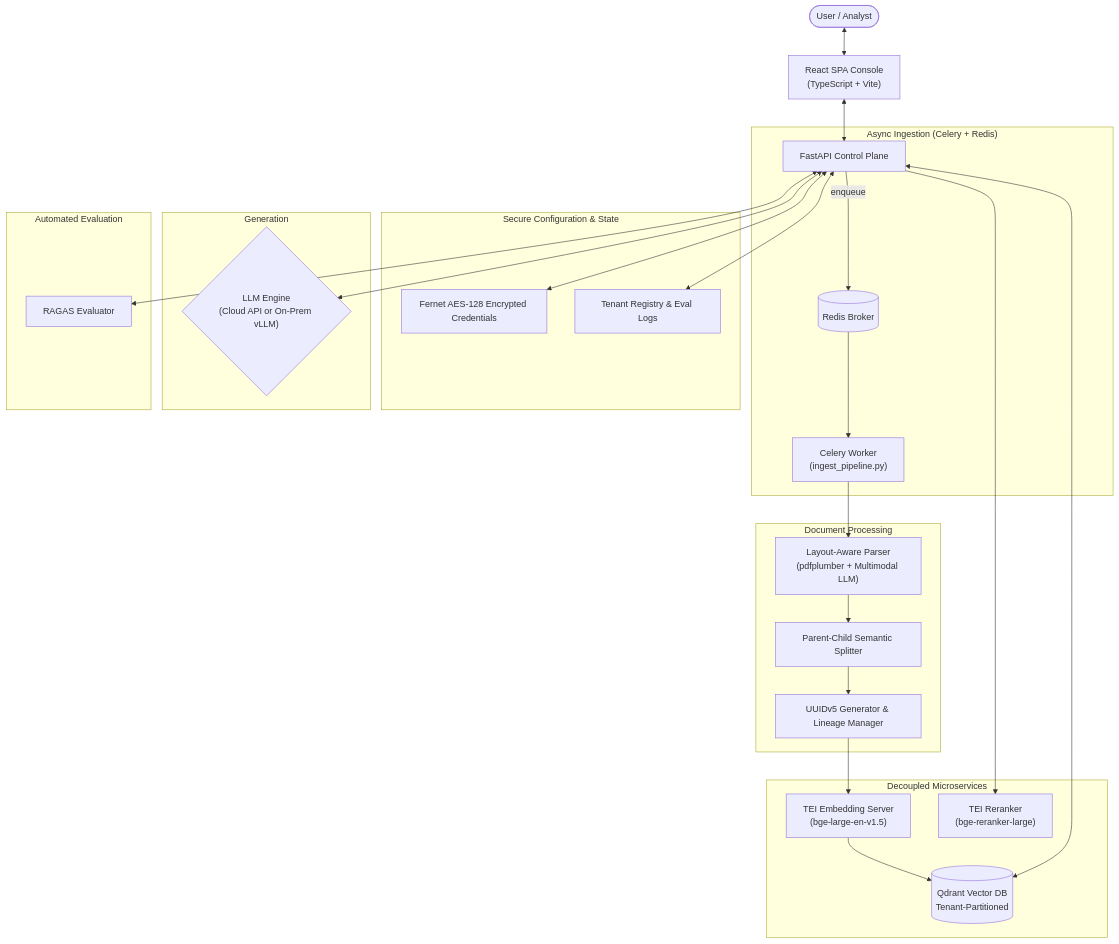
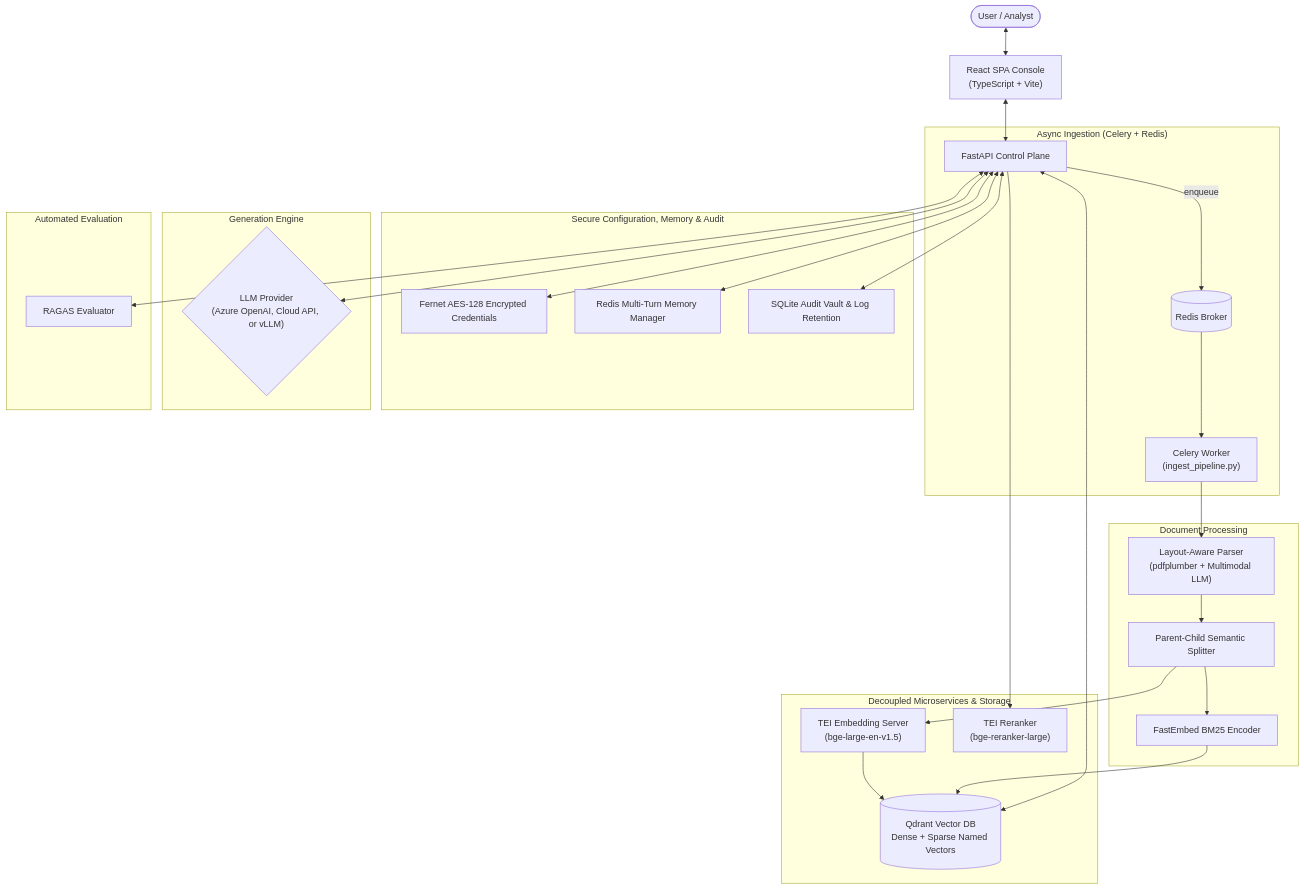
One commit to gpu-stack/Enterprise-AI-Fabric changed the diagram in README.md. Above: the diagram before and after it, drawn with Mermaid. The commit also changed other lines of this file and 4 other files, not shown here.

Commit message:
docs: Add dedicated HYBRID_SEARCH.md and update architecture READMEs across codebase

````diff
--- a/README.md
+++ b/README.md
@@ -77,36 +81,38 @@
 ```mermaid
 graph TD
     User([User / Analyst]) <--> ReactSPA["React SPA Console<br>(TypeScript + Vite)"]
     ReactSPA <--> FastAPI["FastAPI Control Plane"]
 
     subgraph Async_Ingestion ["Async Ingestion (Celery + Redis)"]
         FastAPI -->|enqueue| Redis[(Redis Broker)]
         Redis --> CeleryWorker["Celery Worker<br>(ingest_pipeline.py)"]
     end
 
-    subgraph Storage_Security ["Secure Configuration & State"]
+    subgraph Storage_Security ["Secure Configuration, Memory & Audit"]
         FastAPI <--> FernetEnc["Fernet AES-128 Encrypted Credentials"]
-        FastAPI <--> TenantRegistry["Tenant Registry & Eval Logs"]
+        FastAPI <--> RedisMemory["Redis Multi-Turn Memory Manager"]
+        FastAPI <--> AuditVault["SQLite Audit Vault & Log Retention"]
     end
 
     subgraph Processing_Layer ["Document Processing"]
         CeleryWorker --> LayoutParser["Layout-Aware Parser<br>(pdfplumber + Multimodal LLM)"]
         LayoutParser --> SemanticSplitter["Parent-Child Semantic Splitter"]
-        SemanticSplitter --> UUIDGen["UUIDv5 Generator & Lineage Manager"]
+        SemanticSplitter --> SparseFastEmbed["FastEmbed BM25 Encoder"]
     end
 
-    subgraph Microservice_Infra ["Decoupled Microservices"]
-        UUIDGen --> TEI_Embed["TEI Embedding Server<br>(bge-large-en-v1.5)"]
-        TEI_Embed --> QdrantDB[("Qdrant Vector DB<br>Tenant-Partitioned")]
+    subgraph Microservice_Infra ["Decoupled Microservices & Storage"]
+        SemanticSplitter --> TEI_Embed["TEI Embedding Server<br>(bge-large-en-v1.5)"]
+        TEI_Embed --> QdrantDB[("Qdrant Vector DB<br>Dense + Sparse Named Vectors")]
+        SparseFastEmbed --> QdrantDB
         FastAPI <--> QdrantDB
         FastAPI --> TEI_Rerank["TEI Reranker<br>(bge-reranker-large)"]
     end
 
-    subgraph LLM_Inference ["Generation"]
-        FastAPI <--> LLM{"LLM Engine<br>(Cloud API or On-Prem vLLM)"}
+    subgraph LLM_Inference ["Generation Engine"]
+        FastAPI <--> LLM{"LLM Provider<br>(Azure OpenAI, Cloud API, or vLLM)"}
     end
 
     subgraph Quality_Audit ["Automated Evaluation"]
         FastAPI <--> RagasEval["RAGAS Evaluator"]
     end
 ```
````
